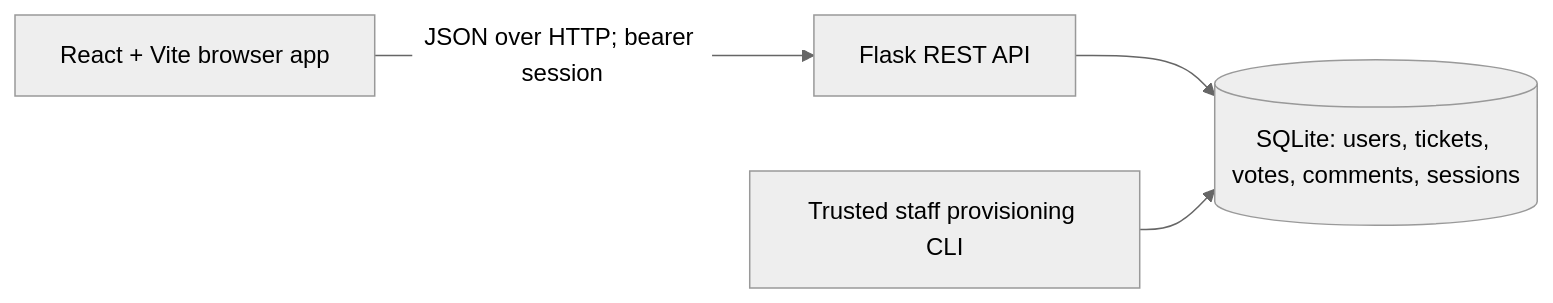
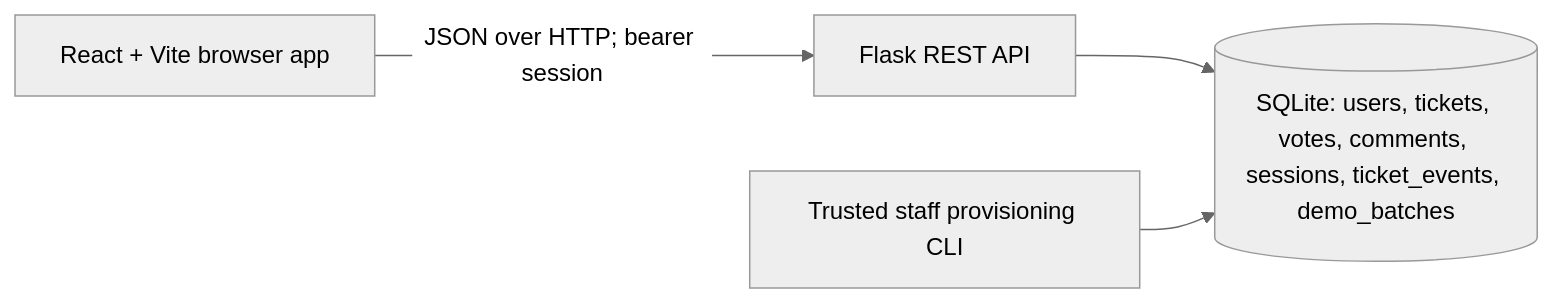
The diagram in docs/PROJECT.md (asthasinghcs/hostel-ticketing-backend), drawn with Mermaid (neutral theme) before and after one commit. The commit also changed other lines of this file and 11 other files, not shown here.

````diff
--- a/docs/PROJECT.md
+++ b/docs/PROJECT.md
@@ -36,6 +36,6 @@
 ```mermaid
 flowchart LR
   UI["React + Vite browser app"] -->|"JSON over HTTP; bearer session"| API["Flask REST API"]
-  API --> DB[("SQLite: users, tickets, votes, comments, sessions")]
+  API --> DB[("SQLite: users, tickets, votes, comments, sessions, ticket_events, demo_batches")]
   CLI["Trusted staff provisioning CLI"] --> DB
 ```
````
